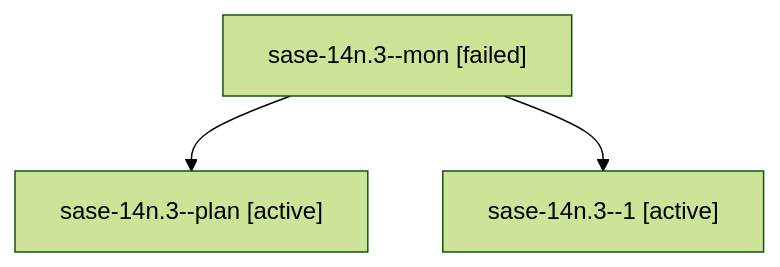
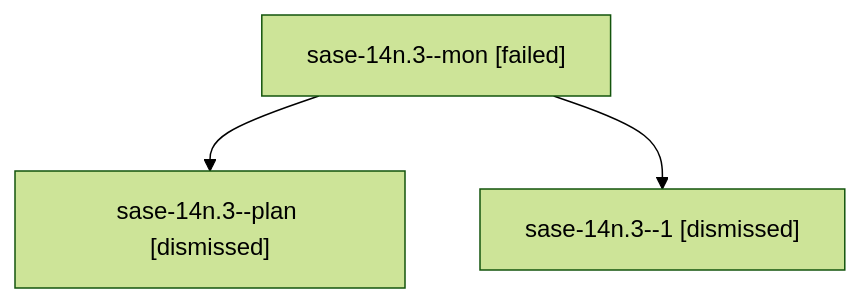
One commit to sase-org/sase--agents changed the diagram in sessions/bbugyi200.athena.sase-14n.3.md. Above: the diagram before and after it, drawn with Mermaid (forest theme). The commit also changed other lines of this file and 106 other files, not shown here.

````diff
--- a/sessions/bbugyi200.athena.sase-14n.3.md
+++ b/sessions/bbugyi200.athena.sase-14n.3.md
@@ -9,8 +9,8 @@
 ```mermaid
 flowchart TD
   n0["sase-14n.3--mon [failed]"]
-  n1["sase-14n.3--plan [active]"]
+  n1["sase-14n.3--plan [dismissed]"]
   n0 --> n1
-  n2["sase-14n.3--1 [active]"]
+  n2["sase-14n.3--1 [dismissed]"]
   n0 --> n2
 ```
````
